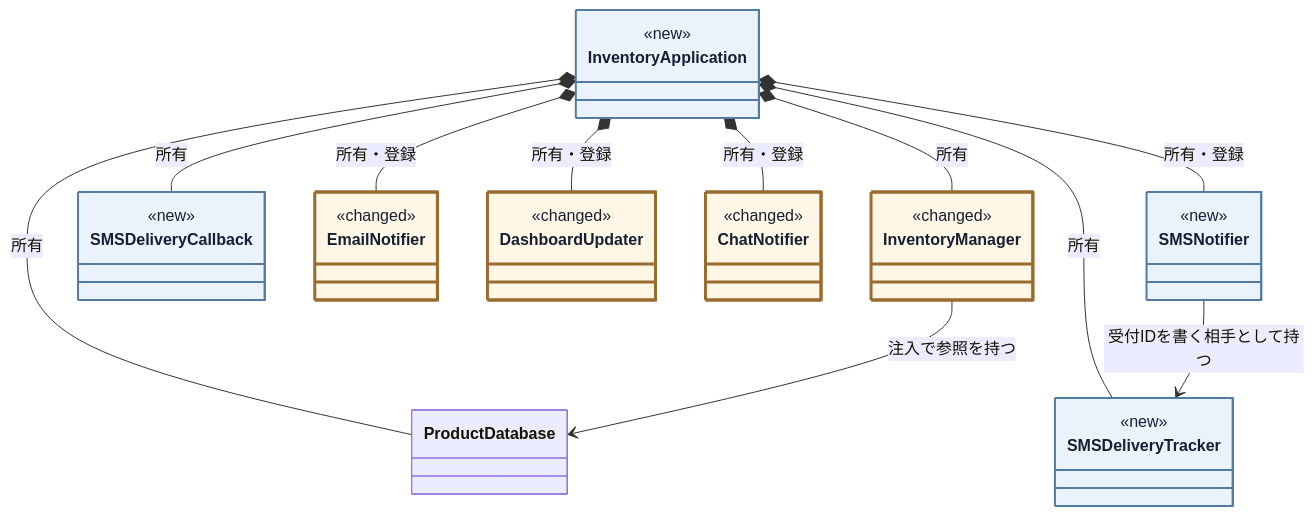
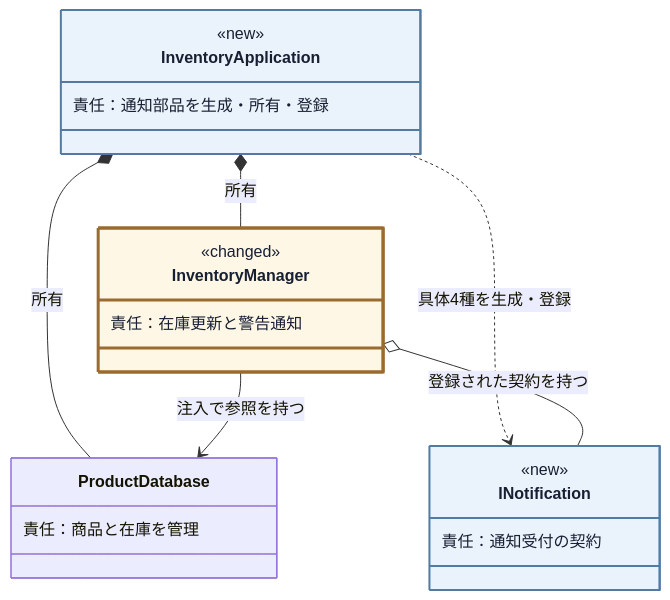
One commit to kumachan1101-pixel/DesignPattern changed diagram 14 of 21 in kindle/design-patterns/books/volume01-core-patterns/output/05-chapter03.md. Above: the diagram before and after it, drawn with Mermaid. The commit also changed other lines of this file and 12 other files, not shown here.

````diff
--- a/kindle/design-patterns/books/volume01-core-patterns/output/05-chapter03.md
+++ b/kindle/design-patterns/books/volume01-core-patterns/output/05-chapter03.md
@@ -1984,42 +1981,28 @@
 ```mermaid
 classDiagram
     direction TB
     class InventoryManager:::touched {
         <<changed>>
+        責任：在庫更新と警告通知
     }
-    class ProductDatabase
-    class SMSDeliveryTracker:::added {
-        <<new>>
-    }
-    class SMSDeliveryCallback:::added {
-        <<new>>
+    class ProductDatabase {
+        責任：商品と在庫を管理
     }
     class InventoryApplication:::added {
         <<new>>
+        責任：通知部品を生成・所有・登録
     }
-    class EmailNotifier:::touched {
-        <<changed>>
-    }
-    class DashboardUpdater:::touched {
-        <<changed>>
-    }
-    class ChatNotifier:::touched {
-        <<changed>>
-    }
-    class SMSNotifier:::added {
+    class INotification:::added {
         <<new>>
+        <<interface>>
+        責任：通知受付の契約
     }
     InventoryApplication *-- InventoryManager : 所有
-    InventoryApplication *-- EmailNotifier : 所有・登録
-    InventoryApplication *-- DashboardUpdater : 所有・登録
-    InventoryApplication *-- ChatNotifier : 所有・登録
-    InventoryApplication *-- SMSNotifier : 所有・登録
     InventoryApplication *-- ProductDatabase : 所有
-    InventoryApplication *-- SMSDeliveryTracker : 所有
-    InventoryApplication *-- SMSDeliveryCallback : 所有
+    InventoryApplication ..> INotification : 具体4種を生成・登録
     InventoryManager --> ProductDatabase : 注入で参照を持つ
-    SMSNotifier --> SMSDeliveryTracker : 受付IDを書く相手として持つ
+    InventoryManager o-- INotification : 登録された契約を持つ
 
     classDef added fill:#eaf2fb,stroke:#527aa3,stroke-width:2px,color:#172033;
     classDef touched fill:#fff7e6,stroke:#9a6b2f,stroke-width:3px,color:#172033;
 ```
````
